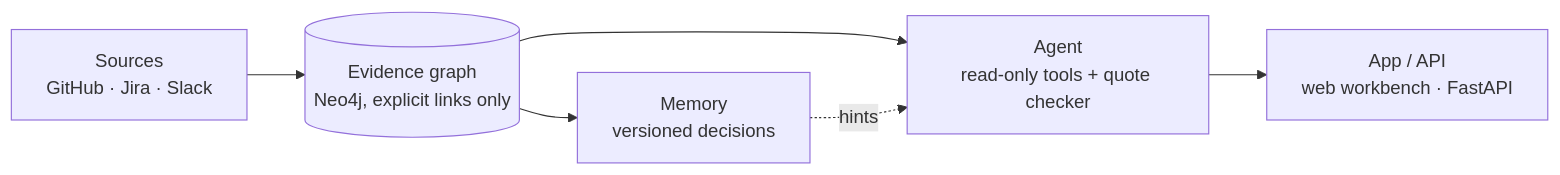
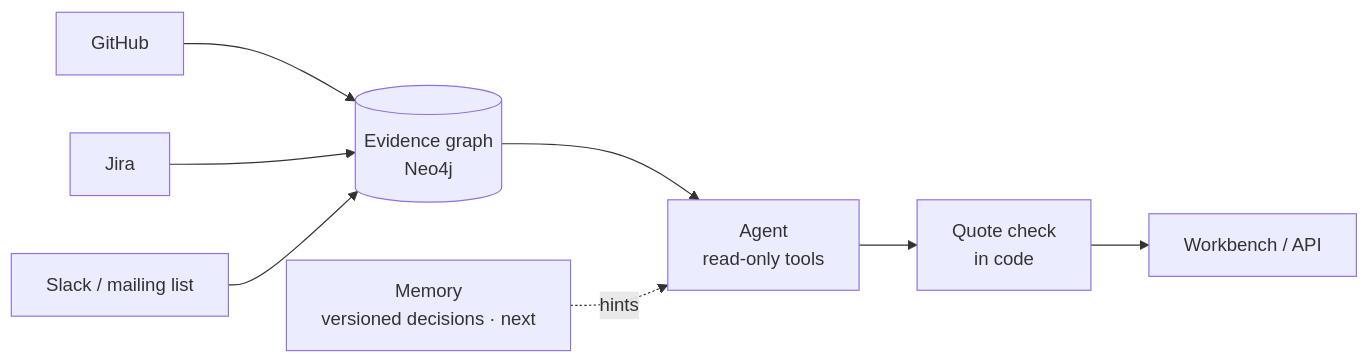
The first of 3 diagrams in README.md (mdshreyas003/sdlc-agent), drawn with Mermaid before and after one commit. The commit also changed other lines of this file and 3 other files, not shown here.

````diff
--- a/README.md
+++ b/README.md
@@ -16,8 +53,10 @@
 ```mermaid
 flowchart LR
-  S["Sources<br/>GitHub · Jira · Slack"] --> G[("Evidence graph<br/>Neo4j, explicit links only")]
-  G --> M["Memory<br/>versioned decisions"]
-  G --> A["Agent<br/>read-only tools + quote checker"]
-  M -. hints .-> A
-  A --> P["App / API<br/>web workbench · FastAPI"]
+  GH[GitHub] --> G[("Evidence graph<br/>Neo4j")]
+  JI[Jira] --> G
+  SL["Slack / mailing list"] --> G
+  G --> AG["Agent<br/>read-only tools"]
+  AG --> V["Quote check<br/>in code"]
+  V --> UI["Workbench / API"]
+  M["Memory<br/>versioned decisions · next"] -. hints .-> AG
 ```
````
